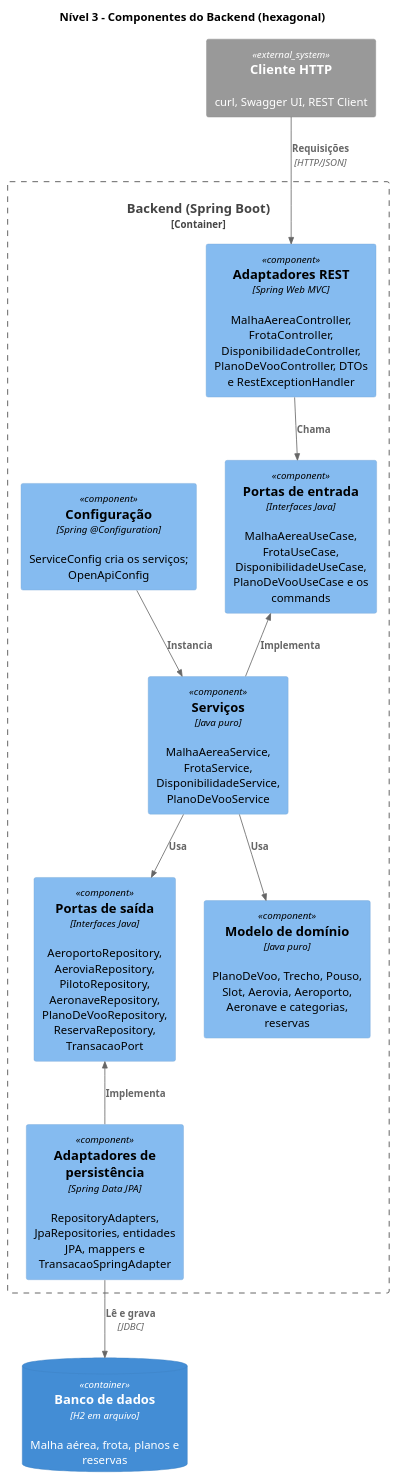
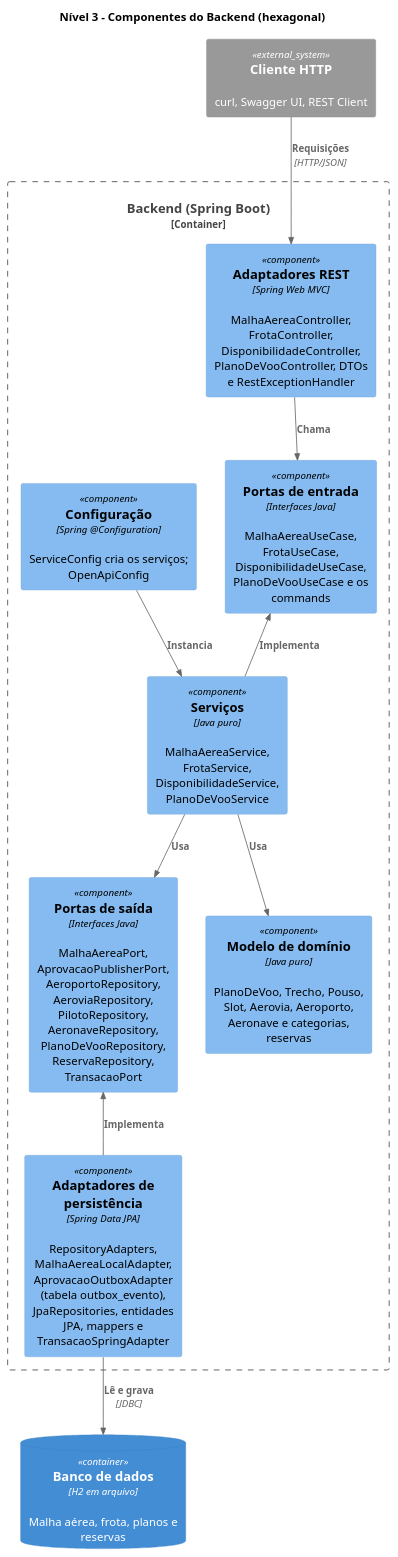
Before and after one commit to antoniocosta0/trabalho-projaq: the diagram in docs/arquitetura/c4-componentes.puml, drawn with PlantUML. The commit also changed 6 other files, not shown here.

Commit message:
docs: record the stage 1 changes, adrs and updated diagrams

```diff
--- a/docs/arquitetura/c4-componentes.puml
+++ b/docs/arquitetura/c4-componentes.puml
@@ -1,28 +1,28 @@
 @startuml
 !include <C4/C4_Component>
 
 title Nível 3 - Componentes do Backend (hexagonal)
 
 System_Ext(cliente, "Cliente HTTP", "curl, Swagger UI, REST Client")
 ContainerDb(banco, "Banco de dados", "H2 em arquivo", "Malha aérea, frota, planos e reservas")
 
 Container_Boundary(api, "Backend (Spring Boot)") {
   Component(rest, "Adaptadores REST", "Spring Web MVC", "MalhaAereaController, FrotaController, DisponibilidadeController, PlanoDeVooController, DTOs e RestExceptionHandler")
   Component(portas_in, "Portas de entrada", "Interfaces Java", "MalhaAereaUseCase, FrotaUseCase, DisponibilidadeUseCase, PlanoDeVooUseCase e os commands")
   Component(servicos, "Serviços", "Java puro", "MalhaAereaService, FrotaService, DisponibilidadeService, PlanoDeVooService")
   Component(modelo, "Modelo de domínio", "Java puro", "PlanoDeVoo, Trecho, Pouso, Slot, Aerovia, Aeroporto, Aeronave e categorias, reservas")
-  Component(portas_out, "Portas de saída", "Interfaces Java", "AeroportoRepository, AeroviaRepository, PilotoRepository, AeronaveRepository, PlanoDeVooRepository, ReservaRepository, TransacaoPort")
-  Component(persistencia, "Adaptadores de persistência", "Spring Data JPA", "RepositoryAdapters, JpaRepositories, entidades JPA, mappers e TransacaoSpringAdapter")
+  Component(portas_out, "Portas de saída", "Interfaces Java", "MalhaAereaPort, AprovacaoPublisherPort, AeroportoRepository, AeroviaRepository, PilotoRepository, AeronaveRepository, PlanoDeVooRepository, ReservaRepository, TransacaoPort")
+  Component(persistencia, "Adaptadores de persistência", "Spring Data JPA", "RepositoryAdapters, MalhaAereaLocalAdapter, AprovacaoOutboxAdapter (tabela outbox_evento), JpaRepositories, entidades JPA, mappers e TransacaoSpringAdapter")
   Component(config, "Configuração", "Spring @Configuration", "ServiceConfig cria os serviços; OpenApiConfig")
 }
 
 Rel(cliente, rest, "Requisições", "HTTP/JSON")
 Rel(rest, portas_in, "Chama")
 Rel_U(servicos, portas_in, "Implementa")
 Rel(servicos, modelo, "Usa")
 Rel(servicos, portas_out, "Usa")
 Rel_U(persistencia, portas_out, "Implementa")
 Rel(persistencia, banco, "Lê e grava", "JDBC")
 Rel(config, servicos, "Instancia")
 
 @enduml
```
